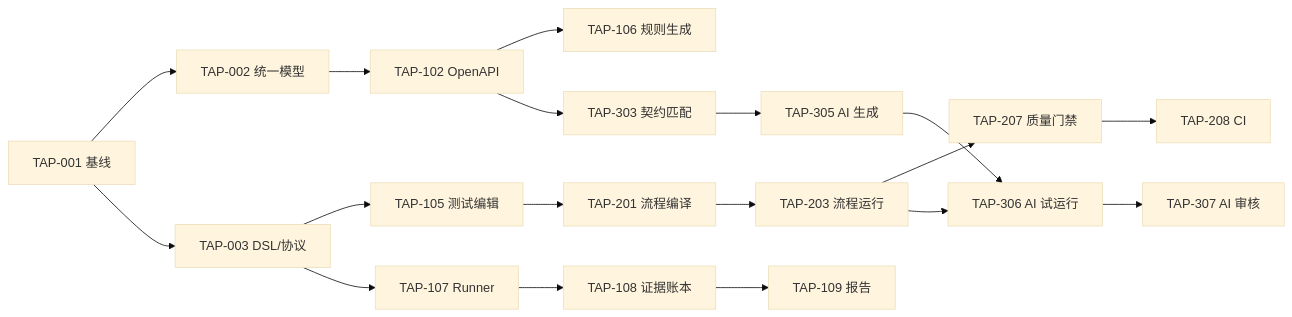
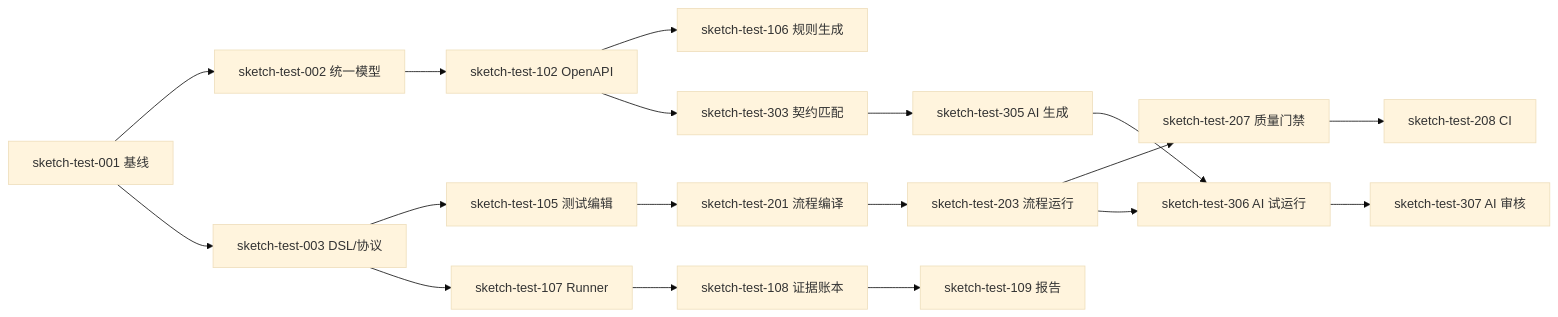
One commit to yachi666/tap changed the diagram in docs/IMPLEMENTATION_PLAN.md. Above: the diagram before and after it, drawn with Mermaid (base theme). The commit also changed other lines of this file and 35 other files, not shown here.

First line of the commit message:
chore: rename project from TAP to sketch-test

````diff
--- a/docs/IMPLEMENTATION_PLAN.md
+++ b/docs/IMPLEMENTATION_PLAN.md
@@ -458,20 +458,20 @@
 ```mermaid
 flowchart LR
-    A[TAP-001 基线] --> B[TAP-002 统一模型]
-    A --> C[TAP-003 DSL/协议]
-    B --> D[TAP-102 OpenAPI]
-    C --> E[TAP-105 测试编辑]
-    C --> F[TAP-107 Runner]
-    D --> G[TAP-106 规则生成]
-    E --> H[TAP-201 流程编译]
-    F --> I[TAP-108 证据账本]
-    H --> J[TAP-203 流程运行]
-    I --> K[TAP-109 报告]
-    J --> L[TAP-207 质量门禁]
-    L --> M[TAP-208 CI]
-    D --> N[TAP-303 契约匹配]
-    N --> O[TAP-305 AI 生成]
-    J --> P[TAP-306 AI 试运行]
+    A[sketch-test-001 基线] --> B[sketch-test-002 统一模型]
+    A --> C[sketch-test-003 DSL/协议]
+    B --> D[sketch-test-102 OpenAPI]
+    C --> E[sketch-test-105 测试编辑]
+    C --> F[sketch-test-107 Runner]
+    D --> G[sketch-test-106 规则生成]
+    E --> H[sketch-test-201 流程编译]
+    F --> I[sketch-test-108 证据账本]
+    H --> J[sketch-test-203 流程运行]
+    I --> K[sketch-test-109 报告]
+    J --> L[sketch-test-207 质量门禁]
+    L --> M[sketch-test-208 CI]
+    D --> N[sketch-test-303 契约匹配]
+    N --> O[sketch-test-305 AI 生成]
+    J --> P[sketch-test-306 AI 试运行]
     O --> P
-    P --> Q[TAP-307 AI 审核]
+    P --> Q[sketch-test-307 AI 审核]
 ```
````
